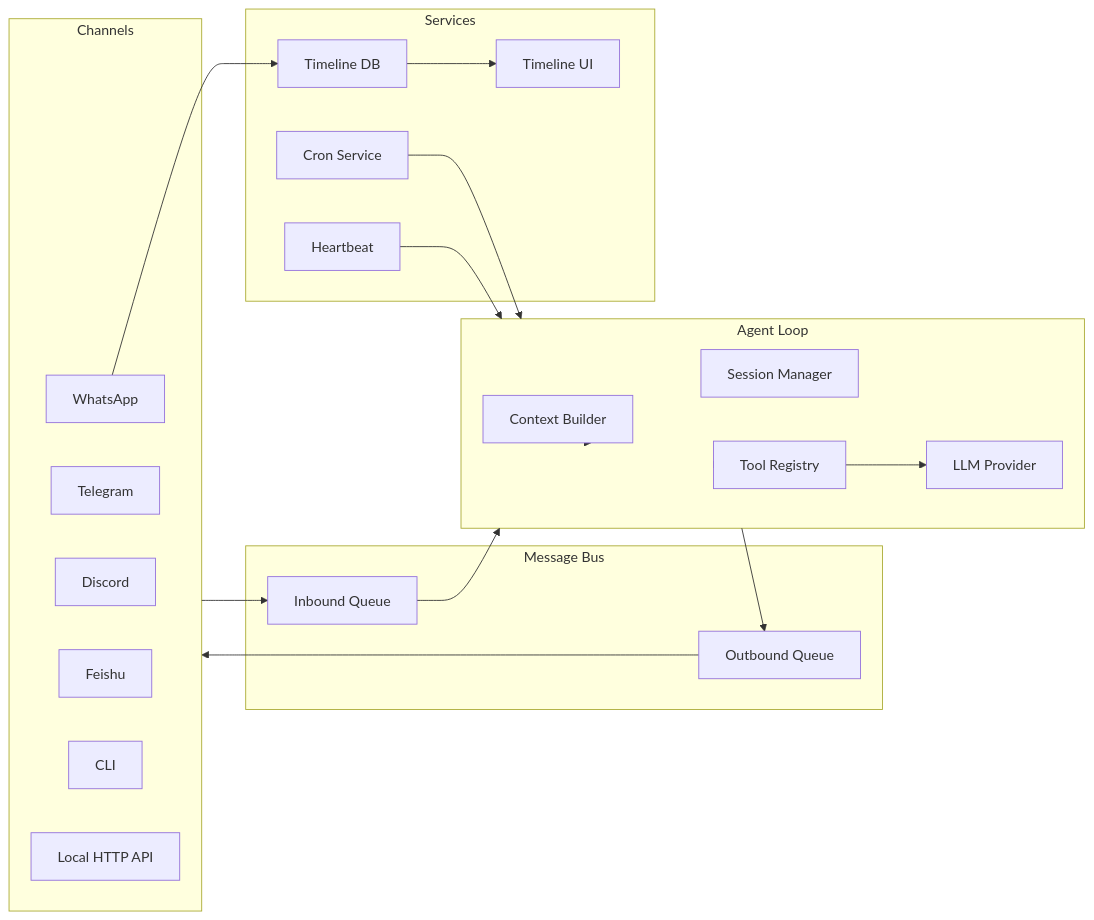
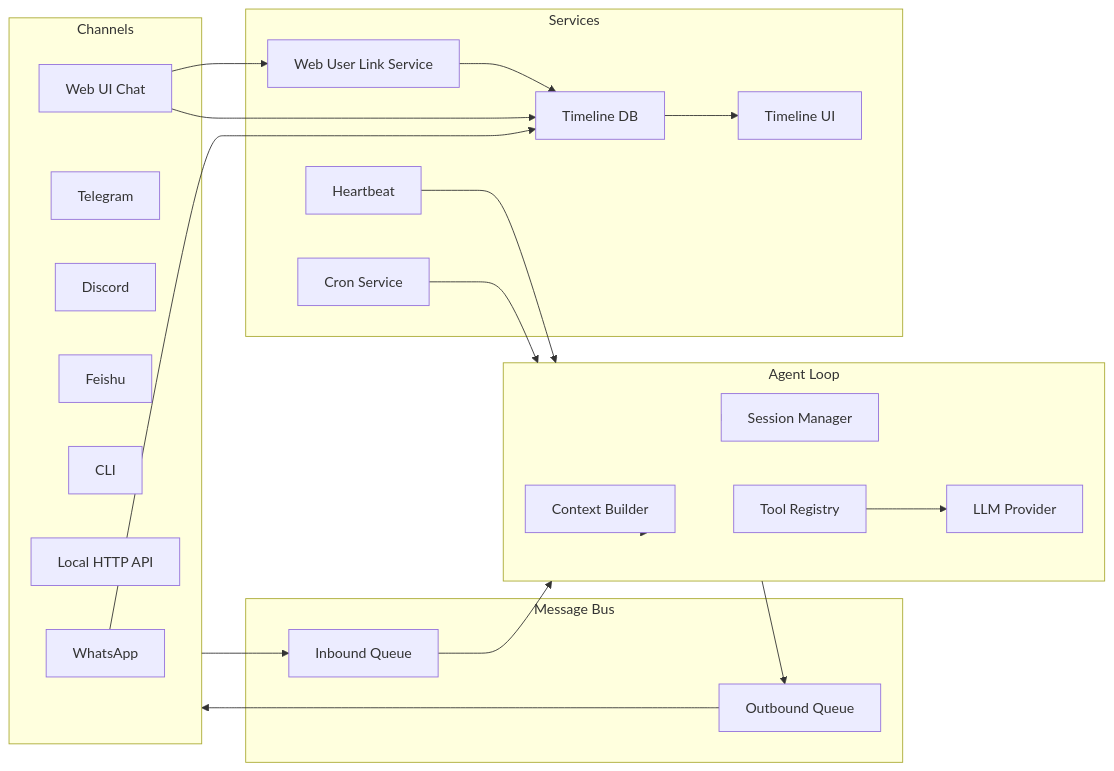
The first of 3 diagrams in morphing/docs/bot-structure-and-dynamics.md (kamir/nanobot), drawn with Mermaid before and after one commit. The commit also changed other lines of this file and 114 other files, not shown here.

````diff
--- a/morphing/docs/bot-structure-and-dynamics.md
+++ b/morphing/docs/bot-structure-and-dynamics.md
@@ -9,47 +9,52 @@
 ```mermaid
 flowchart LR
   subgraph Channels
     WA[WhatsApp]
     TG[Telegram]
     DC[Discord]
     FS[Feishu]
     CLI[CLI]
     API[Local HTTP API]
+    WUI[Web UI Chat]
   end
 
   subgraph Bus[Message Bus]
     IN[Inbound Queue]
     OUT[Outbound Queue]
   end
 
   subgraph Agent[Agent Loop]
     CTX[Context Builder]
     SESS[Session Manager]
     TOOLS[Tool Registry]
     LLM[LLM Provider]
   end
 
   subgraph Services
     CRON[Cron Service]
     HEART[Heartbeat]
     TL[Timeline DB]
     DASH[Timeline UI]
+    LINK[Web User Link Service]
   end
 
   Channels --> IN
   IN --> Agent
   Agent --> OUT
   OUT --> Channels
 
   Agent --> TOOLS
   TOOLS --> LLM
 
   CRON --> Agent
   HEART --> Agent
 
   Agent --> SESS
   Agent --> CTX
 
   WA --> TL
   TL --> DASH
+  WUI --> TL
+  LINK --> TL
+  WUI --> LINK
 ```
````
